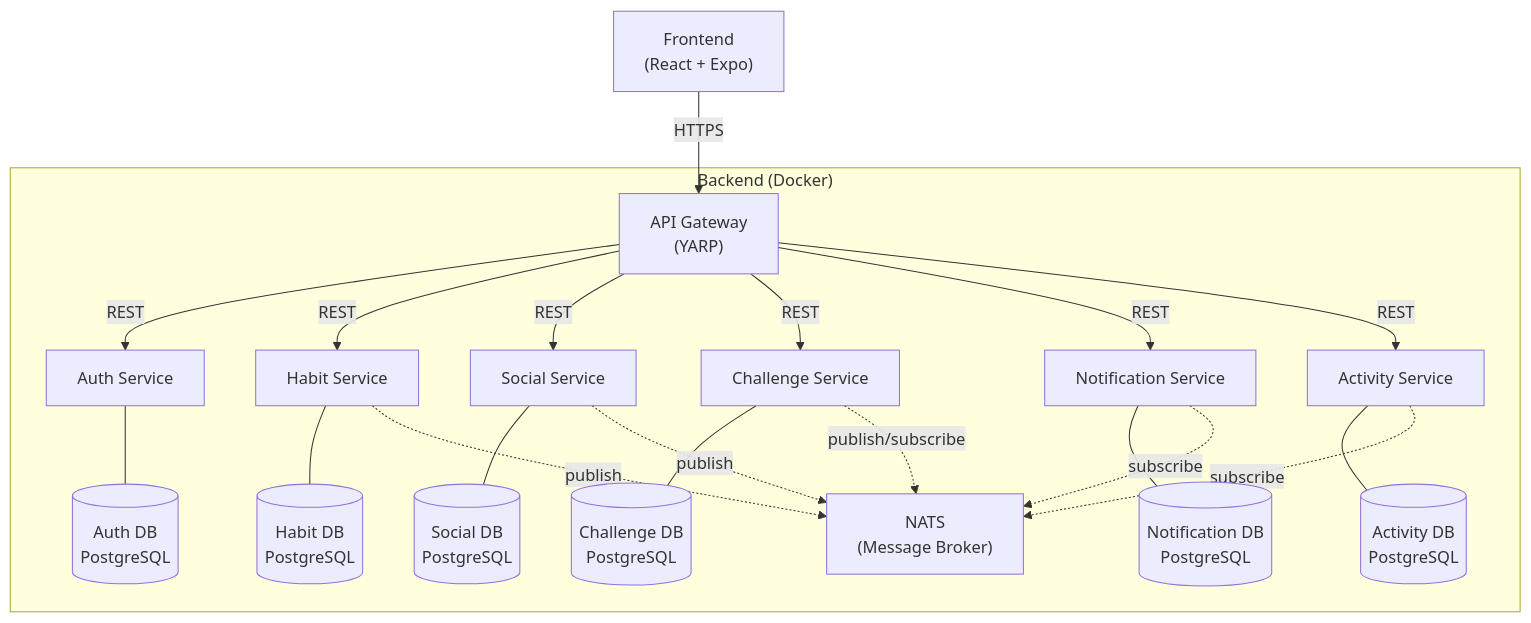
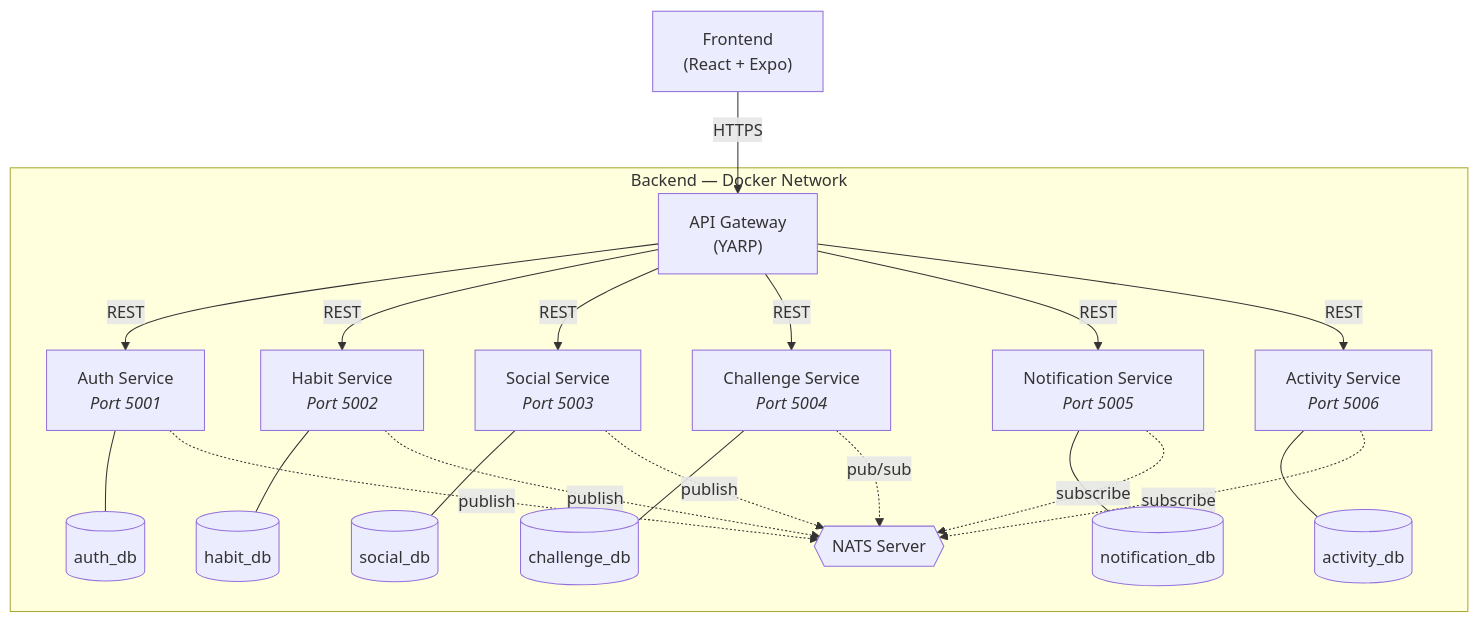
The first of 2 diagrams in KONZEPTDOKUMENT.md (Gabko14/Winzy.ai), drawn with Mermaid before and after one commit. The commit also changed other lines of this file, not shown here.

````diff
--- a/KONZEPTDOKUMENT.md
+++ b/KONZEPTDOKUMENT.md
@@ -26,32 +36,33 @@
 ```mermaid
 graph TB
     Client["Frontend<br/>(React + Expo)"]
 
     Client -->|HTTPS| Gateway
 
-    subgraph Backend ["Backend (Docker)"]
+    subgraph Backend ["Backend — Docker Network"]
         Gateway["API Gateway<br/>(YARP)"]
 
-        Gateway -->|REST| AuthService["Auth Service"]
-        Gateway -->|REST| HabitService["Habit Service"]
-        Gateway -->|REST| SocialService["Social Service"]
-        Gateway -->|REST| ChallengeService["Challenge Service"]
-        Gateway -->|REST| NotificationService["Notification Service"]
-        Gateway -->|REST| ActivityService["Activity Service"]
+        Gateway -->|REST| AuthService["Auth Service<br/><i>Port 5001</i>"]
+        Gateway -->|REST| HabitService["Habit Service<br/><i>Port 5002</i>"]
+        Gateway -->|REST| SocialService["Social Service<br/><i>Port 5003</i>"]
+        Gateway -->|REST| ChallengeService["Challenge Service<br/><i>Port 5004</i>"]
+        Gateway -->|REST| NotificationService["Notification Service<br/><i>Port 5005</i>"]
+        Gateway -->|REST| ActivityService["Activity Service<br/><i>Port 5006</i>"]
 
-        AuthService --- AuthDB[("Auth DB<br/>PostgreSQL")]
-        HabitService --- HabitDB[("Habit DB<br/>PostgreSQL")]
-        SocialService --- SocialDB[("Social DB<br/>PostgreSQL")]
-        ChallengeService --- ChallengeDB[("Challenge DB<br/>PostgreSQL")]
-        NotificationService --- NotifDB[("Notification DB<br/>PostgreSQL")]
-        ActivityService --- ActivityDB[("Activity DB<br/>PostgreSQL")]
+        AuthService --- AuthDB[("auth_db")]
+        HabitService --- HabitDB[("habit_db")]
+        SocialService --- SocialDB[("social_db")]
+        ChallengeService --- ChallengeDB[("challenge_db")]
+        NotificationService --- NotifDB[("notification_db")]
+        ActivityService --- ActivityDB[("activity_db")]
 
-        NATS["NATS<br/>(Message Broker)"]
+        NATS{{"NATS Server"}}
 
+        AuthService -.->|publish| NATS
         HabitService -.->|publish| NATS
         SocialService -.->|publish| NATS
-        ChallengeService -.->|publish/subscribe| NATS
+        ChallengeService -.->|pub/sub| NATS
         NotificationService -.->|subscribe| NATS
         ActivityService -.->|subscribe| NATS
     end
 ```
````
